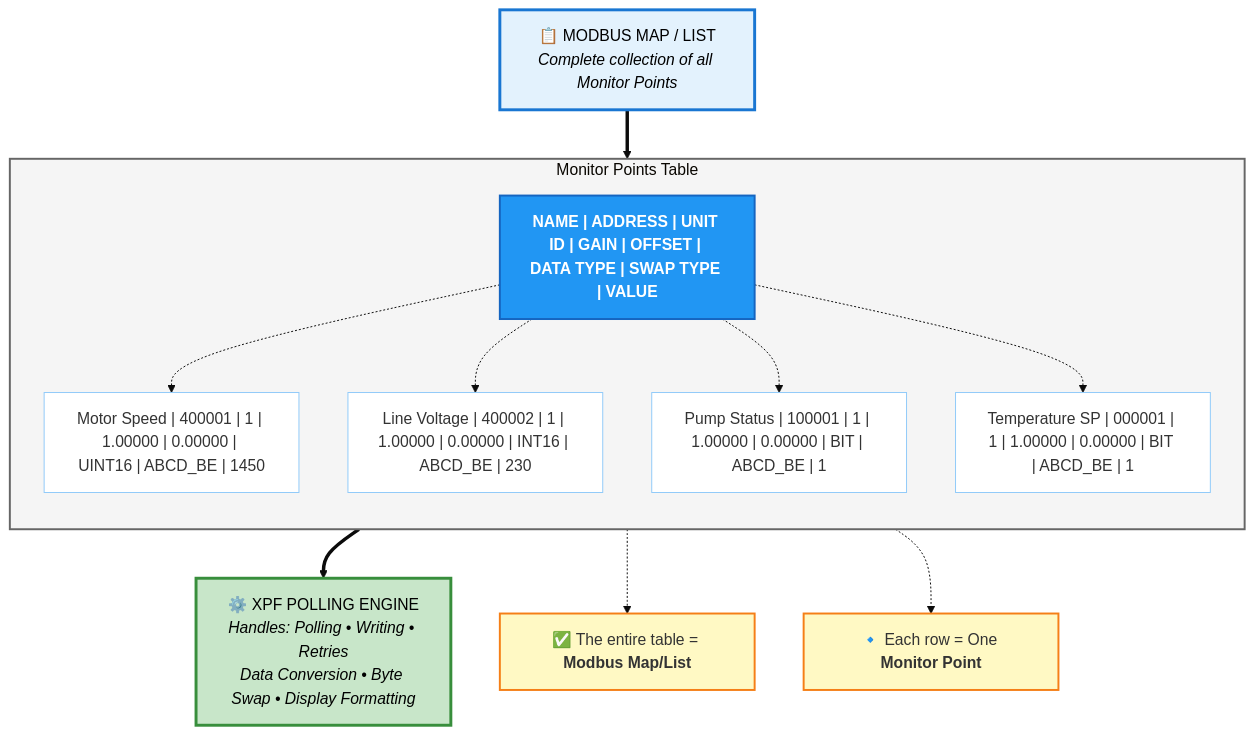
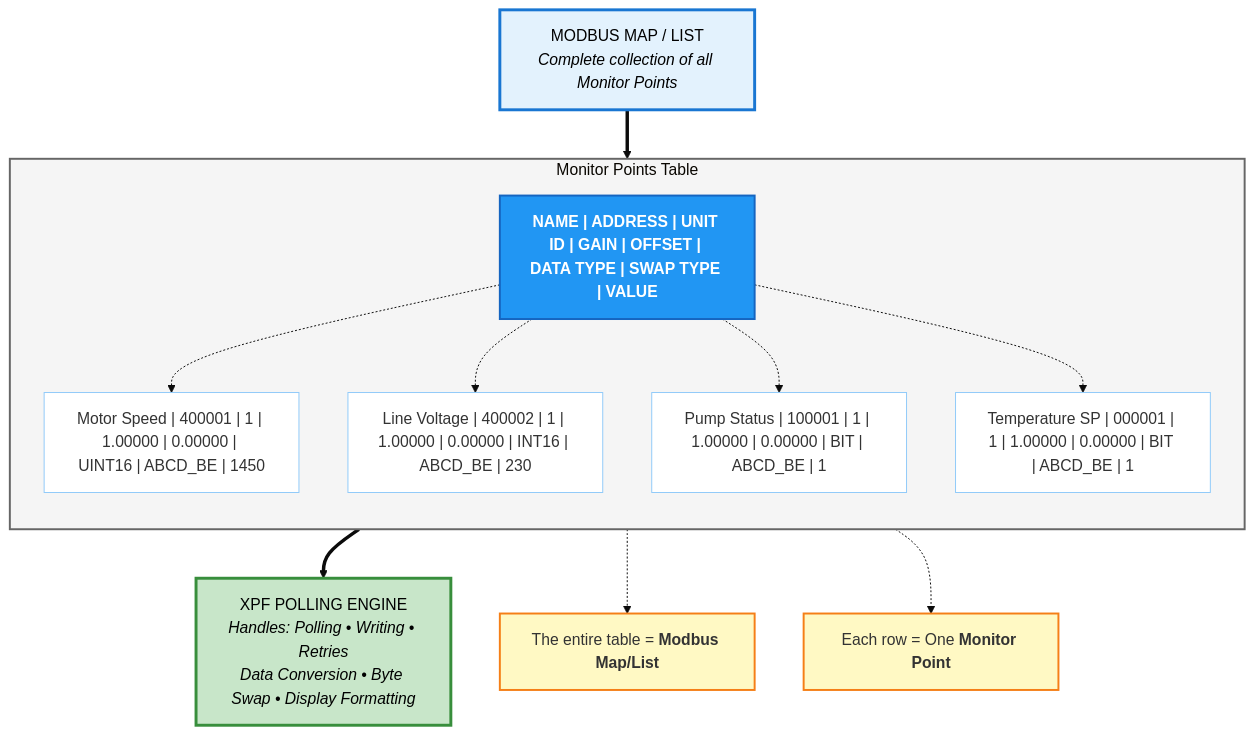
The second of 8 diagrams in docs/products/xpf/user-guide.md (Modbus-Monitor/docs), drawn with Mermaid (base theme) before and after one commit. The commit also changed other lines of this file and 2 other files, not shown here.

````diff
--- a/docs/products/xpf/user-guide.md
+++ b/docs/products/xpf/user-guide.md
@@ -655,40 +655,40 @@
 ```mermaid
 graph TB
-    MAP["📋 MODBUS MAP / LIST<br/><i>Complete collection of all Monitor Points</i>"]
+    MAP["MODBUS MAP / LIST<br/><i>Complete collection of all Monitor Points</i>"]
     
     subgraph TABLE["Monitor Points Table"]
         direction TB
         HEADER["<b>NAME | ADDRESS | UNIT ID | GAIN | OFFSET | DATA TYPE | SWAP TYPE | VALUE</b>"]
         ROW1["Motor Speed | 400001 | 1 | 1.00000 | 0.00000 | UINT16 | ABCD_BE | 1450"]
         ROW2["Line Voltage | 400002 | 1 | 1.00000 | 0.00000 | INT16 | ABCD_BE | 230"]
         ROW3["Pump Status | 100001 | 1 | 1.00000 | 0.00000 | BIT | ABCD_BE | 1"]
         ROW4["Temperature SP | 000001 | 1 | 1.00000 | 0.00000 | BIT | ABCD_BE | 1"]
         
         HEADER -.-> ROW1
         HEADER -.-> ROW2
         HEADER -.-> ROW3
         HEADER -.-> ROW4
     end
     
-    ENGINE["⚙️ XPF POLLING ENGINE<br/><i>Handles: Polling • Writing • Retries<br/>Data Conversion • Byte Swap • Display Formatting</i>"]
+    ENGINE["XPF POLLING ENGINE<br/><i>Handles: Polling • Writing • Retries<br/>Data Conversion • Byte Swap • Display Formatting</i>"]
     
     MAP ==> TABLE
     TABLE ==> ENGINE
     
-    NOTE1["✅ The entire table = <b>Modbus Map/List</b>"]
-    NOTE2["🔹 Each row = One <b>Monitor Point</b>"]
+    NOTE1["The entire table = <b>Modbus Map/List</b>"]
+    NOTE2["Each row = One <b>Monitor Point</b>"]
     
     TABLE -.-> NOTE1
     TABLE -.-> NOTE2
     
     style MAP fill:#e3f2fd,stroke:#1976d2,stroke-width:3px,color:#000
     style TABLE fill:#f5f5f5,stroke:#666,stroke-width:2px
     style HEADER fill:#2196f3,stroke:#1565c0,stroke-width:2px,color:#fff
     style ROW1 fill:#fff,stroke:#90caf9,stroke-width:1px
     style ROW2 fill:#fff,stroke:#90caf9,stroke-width:1px
     style ROW3 fill:#fff,stroke:#90caf9,stroke-width:1px
     style ROW4 fill:#fff,stroke:#90caf9,stroke-width:1px
     style ENGINE fill:#c8e6c9,stroke:#388e3c,stroke-width:3px,color:#000
     style NOTE1 fill:#fff9c4,stroke:#f57f17,stroke-width:2px
     style NOTE2 fill:#fff9c4,stroke:#f57f17,stroke-width:2px
 ```
````
